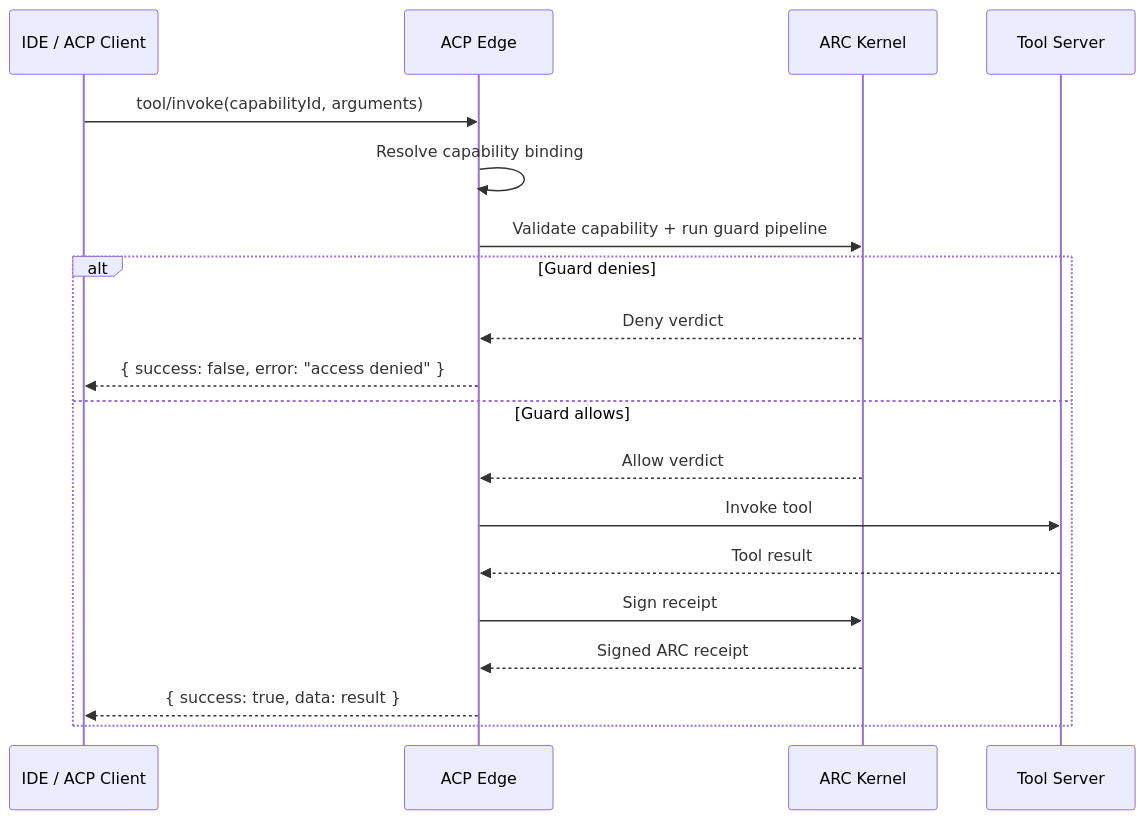
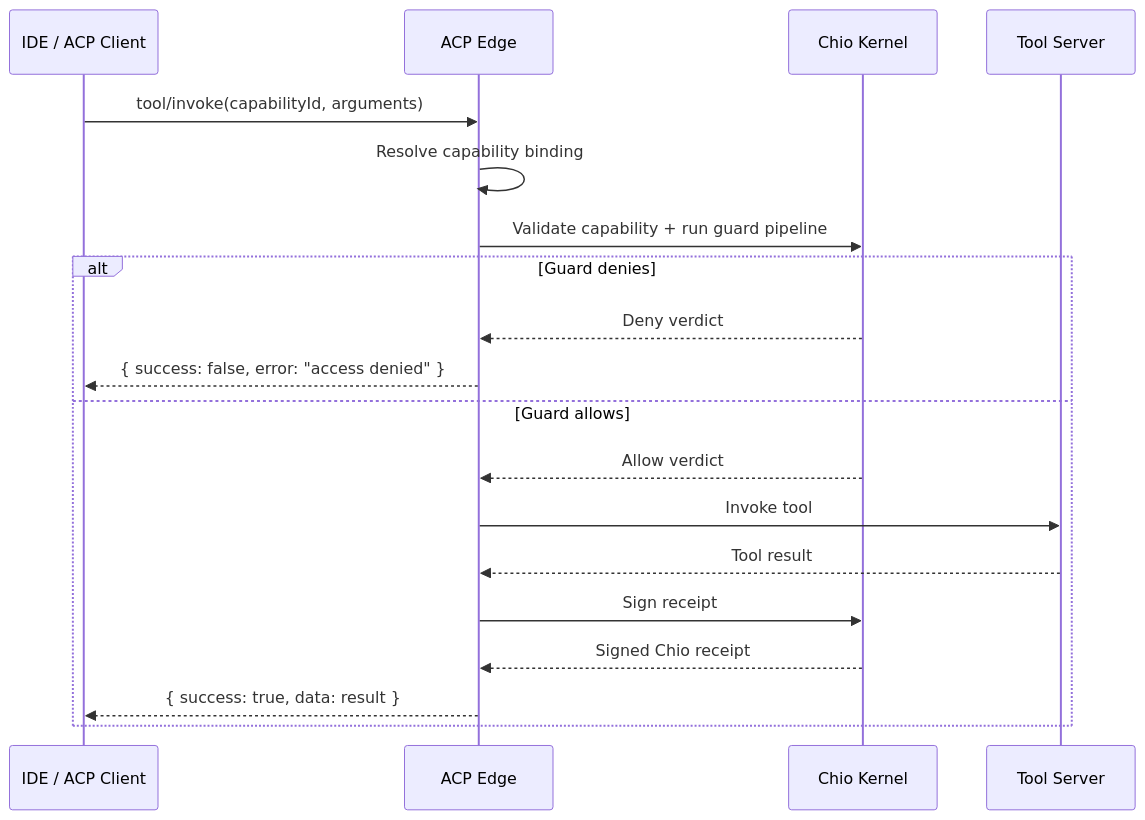
The third of 4 diagrams in spec/BRIDGES.md (bb-connor/arc), drawn with Mermaid before and after one commit. The commit also changed other lines of this file and 3351 other files, not shown here.

First line of the commit message:
feat(rename): arc → chio full overhaul

````diff
--- a/spec/BRIDGES.md
+++ b/spec/BRIDGES.md
@@ -399,22 +399,22 @@
 ```mermaid
 sequenceDiagram
     participant I as IDE / ACP Client
     participant E as ACP Edge
-    participant K as ARC Kernel
+    participant K as Chio Kernel
     participant T as Tool Server
 
     I->>E: tool/invoke(capabilityId, arguments)
     E->>E: Resolve capability binding
     E->>K: Validate capability + run guard pipeline
     alt Guard denies
         K-->>E: Deny verdict
         E-->>I: { success: false, error: "access denied" }
     else Guard allows
         K-->>E: Allow verdict
         E->>T: Invoke tool
         T-->>E: Tool result
         E->>K: Sign receipt
-        K-->>E: Signed ARC receipt
+        K-->>E: Signed Chio receipt
         E-->>I: { success: true, data: result }
     end
 ```
````
